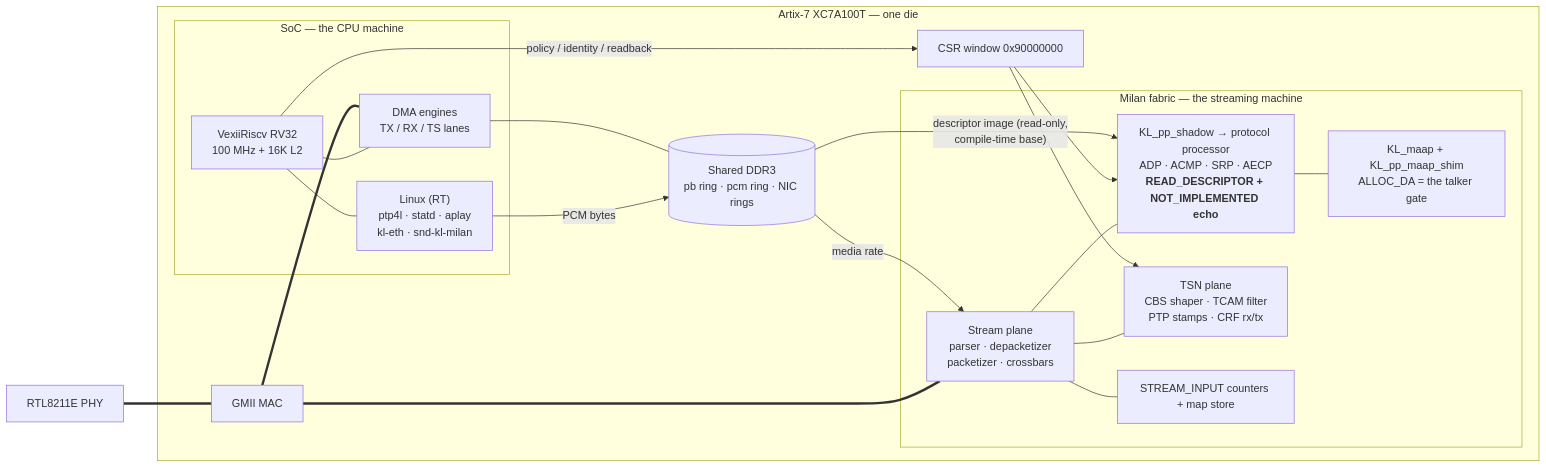
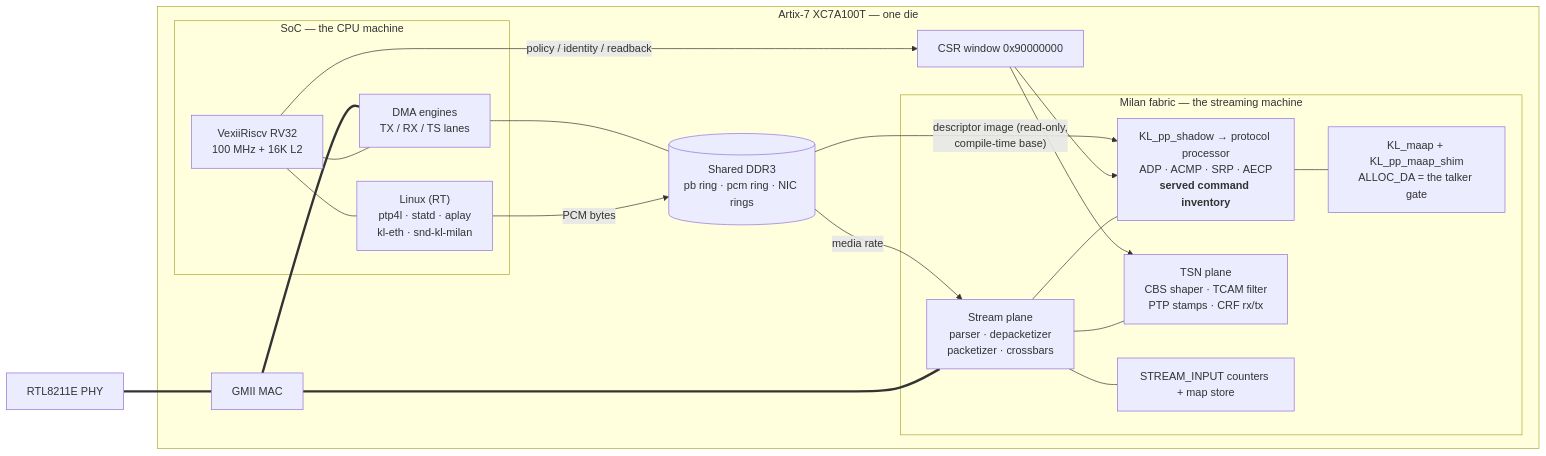
The diagram in docs/architecture/CPU_FPGA_SPLIT.md (kebag-logic/milan-fpga), drawn with Mermaid before and after one commit. The commit also changed other lines of this file and 33 other files, not shown here.

````diff
--- a/docs/architecture/CPU_FPGA_SPLIT.md
+++ b/docs/architecture/CPU_FPGA_SPLIT.md
@@ -147,36 +146,36 @@
 ```mermaid
 flowchart LR
   subgraph CHIP["Artix-7 XC7A100T — one die"]
     subgraph SOC["SoC — the CPU machine"]
       CPU["VexiiRiscv RV32<br/>100 MHz + 16K L2"]
       LINUX["Linux (RT)<br/>ptp4l · statd · aplay<br/>kl-eth · snd-kl-milan"]
       DMA["DMA engines<br/>TX / RX / TS lanes"]
       CPU --- LINUX
       CPU --- DMA
     end
     subgraph FAB["Milan fabric — the streaming machine"]
-      CTL["KL_pp_shadow → protocol processor<br/>ADP · ACMP · SRP · AECP<br/><b>READ_DESCRIPTOR + NOT_IMPLEMENTED echo</b>"]
+      CTL["KL_pp_shadow → protocol processor<br/>ADP · ACMP · SRP · AECP<br/><b>served command inventory</b>"]
       MAAP["KL_maap + KL_pp_maap_shim<br/>ALLOC_DA = the talker gate"]
       STR["Stream plane<br/>parser · depacketizer<br/>packetizer · crossbars"]
       TSN["TSN plane<br/>CBS shaper · TCAM filter<br/>PTP stamps · CRF rx/tx"]
       CNT["STREAM_INPUT counters + map store"]
       CTL --- MAAP
     end
     DRAM[("Shared DDR3<br/>pb ring · pcm ring · NIC rings")]
     CSR["CSR window 0x90000000"]
     MAC["GMII MAC"]
   end
   PHY["RTL8211E PHY"] === MAC
   MAC === STR
   MAC === DMA
   STR --- CTL
   STR --- TSN
   STR --- CNT
   CPU -- "policy / identity / readback" --> CSR
   CSR --> CTL
   CSR --> TSN
   LINUX -- "PCM bytes" --> DRAM
   DRAM -- "media rate" --> STR
   DRAM -- "descriptor image (read-only,<br/>compile-time base)" --> CTL
   DMA --- DRAM
 ```
````
